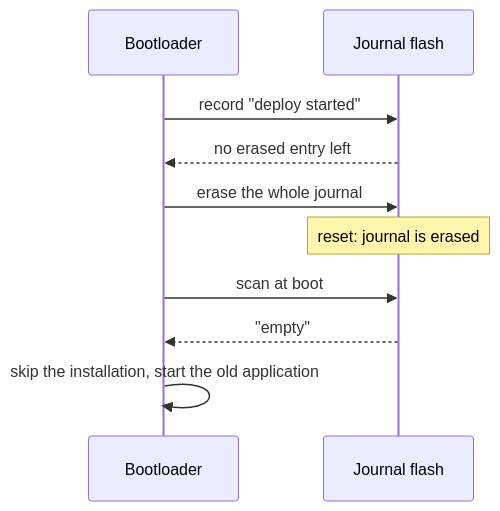
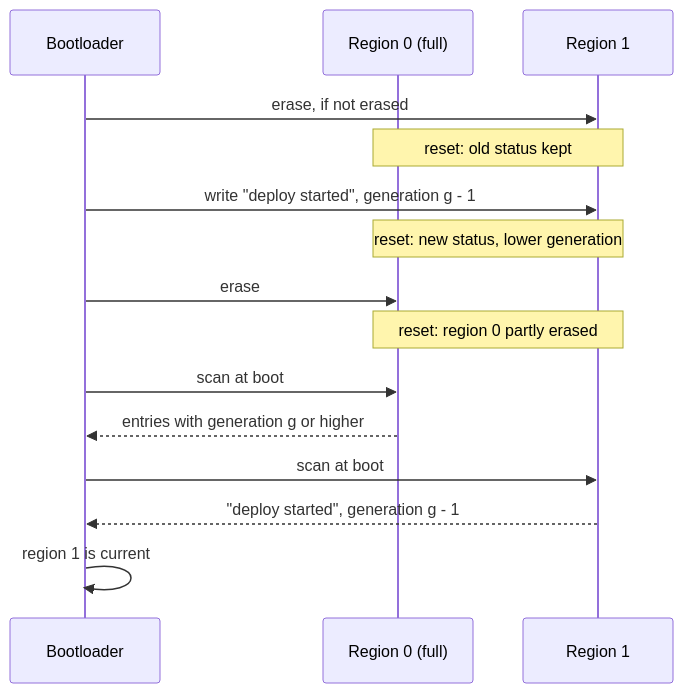
The fifth of 5 diagrams in docs/Bootloader.md (embedded-pro/embedded-infra-lib), drawn with Mermaid before and after one commit. The commit also changed other lines of this file and 4 other files, not shown here.

First line of the commit message:
fix(bootloader): keep the status journal across a reset during rollover

````diff
--- a/docs/Bootloader.md
+++ b/docs/Bootloader.md
@@ -129,12 +134,17 @@
 ```mermaid
 sequenceDiagram
     participant B as Bootloader
-    participant J as Journal flash
-    B->>J: record "deploy started"
-    J-->>B: no erased entry left
-    B->>J: erase the whole journal
-    Note over J: reset: journal is erased
-    B->>J: scan at boot
-    J-->>B: "empty"
-    B->>B: skip the installation, start the old application
+    participant R0 as Region 0 (full)
+    participant R1 as Region 1
+    B->>R1: erase, if not erased
+    Note over R0,R1: reset: old status kept
+    B->>R1: write "deploy started", generation g - 1
+    Note over R0,R1: reset: new status, lower generation
+    B->>R0: erase
+    Note over R0,R1: reset: region 0 partly erased
+    B->>R0: scan at boot
+    R0-->>B: entries with generation g or higher
+    B->>R1: scan at boot
+    R1-->>B: "deploy started", generation g - 1
+    B->>B: region 1 is current
 ```
````
